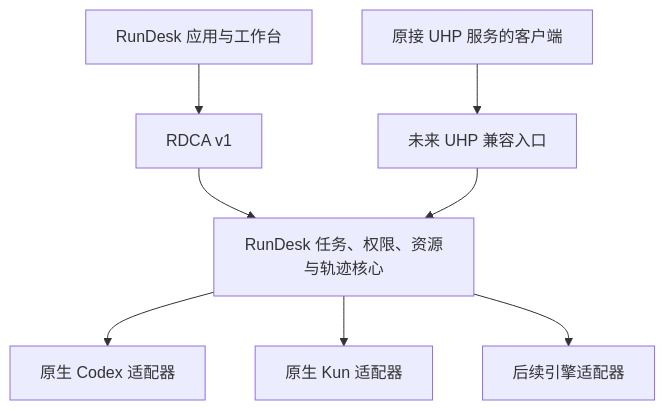
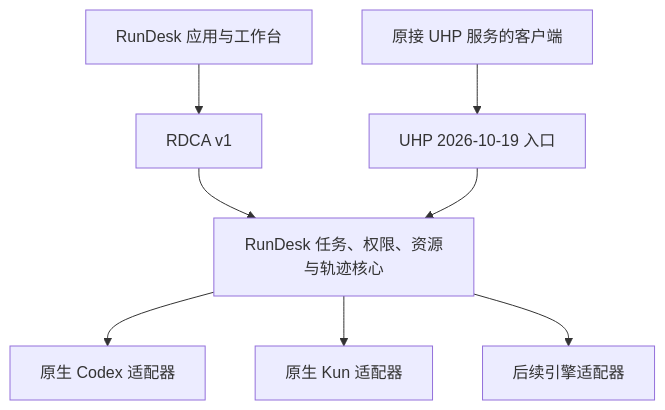
One commit to shengjuntu/rundesk changed the diagram in docs/API-STRATEGY.md. Above: the diagram before and after it, drawn with Mermaid. The commit also changed other lines of this file and 105 other files, not shown here.

````diff
--- a/docs/API-STRATEGY.md
+++ b/docs/API-STRATEGY.md
@@ -15,10 +15,10 @@
 ```mermaid
 flowchart TD
     A["RunDesk 应用与工作台"] --> R["RDCA v1"]
-    B["原接 UHP 服务的客户端"] --> U["未来 UHP 兼容入口"]
+    B["原接 UHP 服务的客户端"] --> U["UHP 2026-10-19 入口"]
     R --> C["RunDesk 任务、权限、资源与轨迹核心"]
     U --> C
     C --> X["原生 Codex 适配器"]
     C --> K["原生 Kun 适配器"]
     C --> E["后续引擎适配器"]
 ```
````
